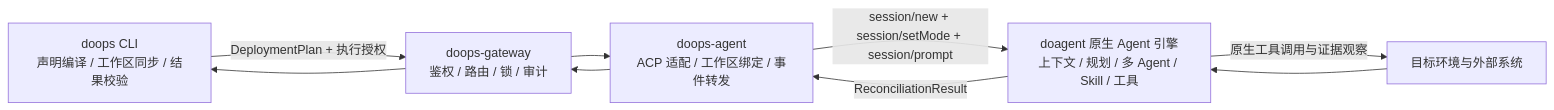
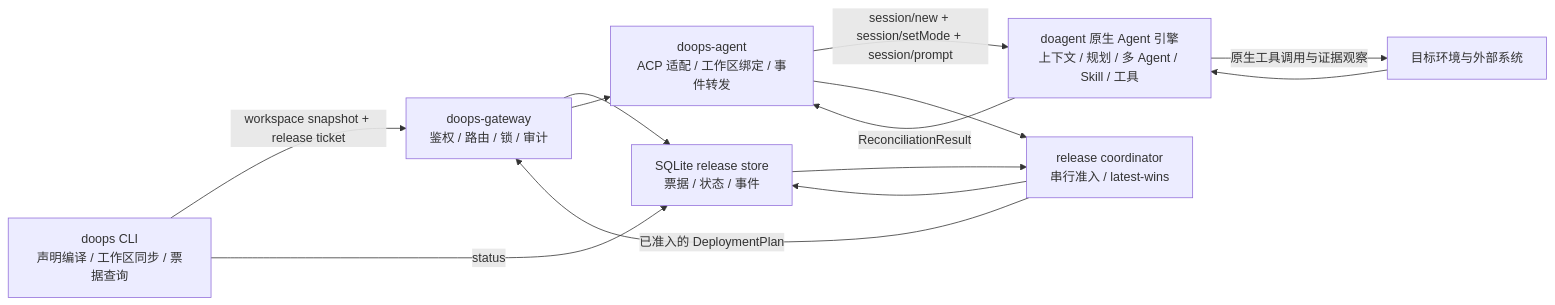
The diagram in backend/docs/AGENT_NATIVE_CICD.md (l8ai-cn/doops), drawn with Mermaid before and after one commit. The commit also changed other lines of this file and 27 other files, not shown here.

````diff
--- a/backend/docs/AGENT_NATIVE_CICD.md
+++ b/backend/docs/AGENT_NATIVE_CICD.md
@@ -14,17 +14,23 @@
 ```mermaid
 flowchart LR
-    CLI["doops CLI\n声明编译 / 工作区同步 / 结果校验"]
+    CLI["doops CLI\n声明编译 / 工作区同步 / 票据查询"]
+    STORE["SQLite release store\n票据 / 状态 / 事件"]
+    COORD["release coordinator\n串行准入 / latest-wins"]
     GW["doops-gateway\n鉴权 / 路由 / 锁 / 审计"]
     EDGE["doops-agent\nACP 适配 / 工作区绑定 / 事件转发"]
     ENGINE["doagent 原生 Agent 引擎\n上下文 / 规划 / 多 Agent / Skill / 工具"]
     TARGET["目标环境与外部系统"]
 
-    CLI -->|"DeploymentPlan + 执行授权"| GW
+    CLI -->|"workspace snapshot + release ticket"| GW
+    GW --> STORE
+    STORE --> COORD
+    COORD -->|"已准入的 DeploymentPlan"| GW
     GW --> EDGE
     EDGE -->|"session/new + session/setMode + session/prompt"| ENGINE
     ENGINE -->|"原生工具调用与证据观察"| TARGET
     TARGET --> ENGINE
     ENGINE -->|"ReconciliationResult"| EDGE
-    EDGE --> GW
-    GW --> CLI
+    EDGE --> COORD
+    COORD --> STORE
+    CLI -->|"status <number>"| STORE
 ```
````
